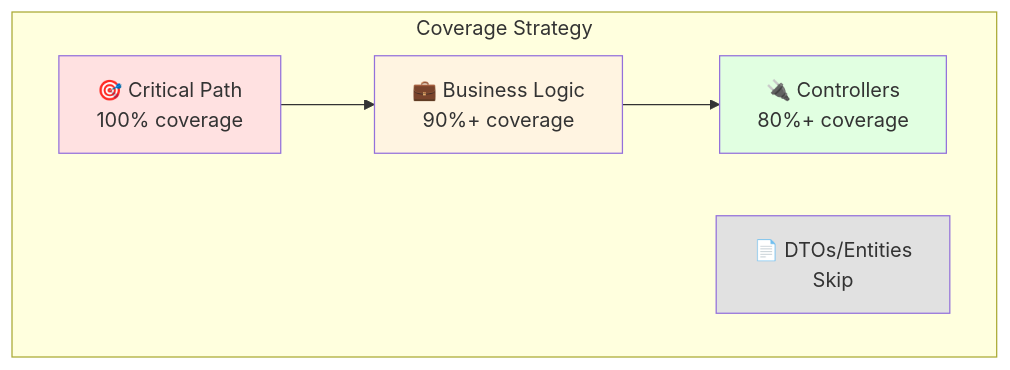
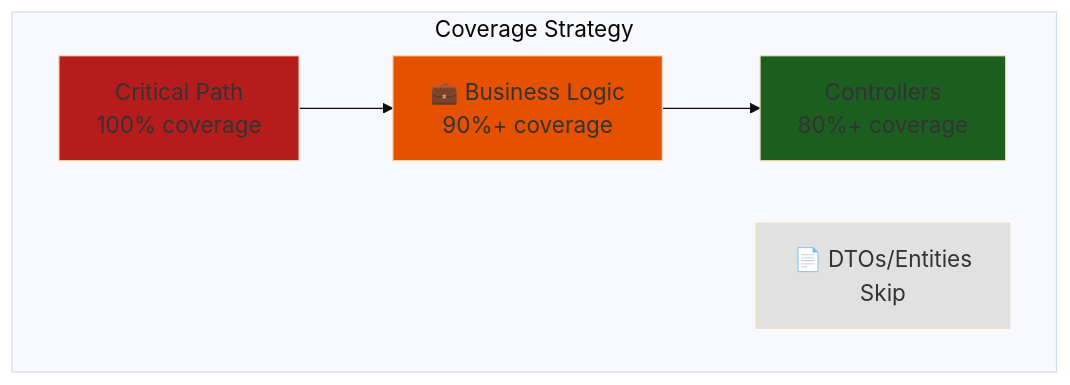
Before and after one commit to Ai-Whisperers/Courses-Content: the tenth of 10 diagrams in courses/🟡-development/FPUNA-2026/01-DESARROLLO-SOFTWARE/03-pruebas-tdd.md, drawn with Mermaid. The commit also changed other lines of this file and 47 other files, not shown here.

First line of the commit message:
fix: Make all 473 diagrams WCAG AAA accessible (FPUNA-2026)

````diff
--- a/courses/🟡-development/FPUNA-2026/01-DESARROLLO-SOFTWARE/03-pruebas-tdd.md
+++ b/courses/🟡-development/FPUNA-2026/01-DESARROLLO-SOFTWARE/03-pruebas-tdd.md
@@ -1216,17 +1227,18 @@
 ```mermaid
+%%{init: {'theme':'base', 'themeVariables': {'fontSize':'18px'}}}%%
 graph TD
     subgraph "Coverage Strategy"
-        A[🎯 Critical Path<br/>100% coverage]
+        A[Critical Path<br/>100% coverage]
         B[💼 Business Logic<br/>90%+ coverage]
-        C[🔌 Controllers<br/>80%+ coverage]
+        C[Controllers<br/>80%+ coverage]
         D[📄 DTOs/Entities<br/>Skip]
         
         A --> B
         B --> C
     end
     
-    style A fill:#FFE1E1
-    style B fill:#FFF4E1
-    style C fill:#E1FFE1
+    style A fill:#b71c1c
+    style B fill:#e65100
+    style C fill:#1b5e20
     style D fill:#E1E1E1
 ```
````
